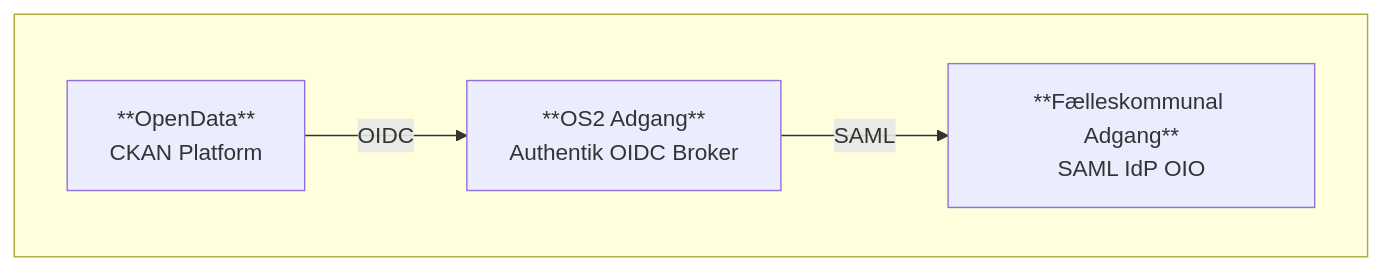
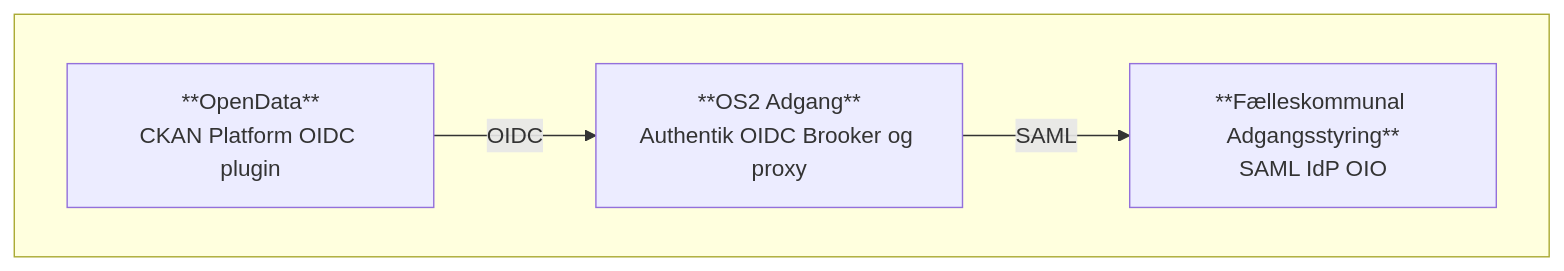
The diagram in proposals/2025-07-01-identity-bridge_dk.md (janhalen/enterprise-architecture-patterns), drawn with Mermaid before and after one commit. The commit also changed other lines of this file, not shown here.

Commit message:
Refactor OpenData integration proposal for clarity and consistency

````diff
--- a/proposals/2025-07-01-identity-bridge_dk.md
+++ b/proposals/2025-07-01-identity-bridge_dk.md
@@ -57,12 +47,12 @@
 ```mermaid
 
 flowchart 
     CKAN -->|OIDC| Authentik
     Authentik -->|SAML| Legacy_IdP
     subgraph " "
-        CKAN["**OpenData**<br>CKAN Platform"]
-        Authentik["**OS2 Adgang**<br>Authentik OIDC Broker"]
-        Legacy_IdP["**Fælleskommunal Adgang**<br>SAML IdP OIO"]
+        CKAN["**OpenData**<br>CKAN Platform OIDC plugin"]
+        Authentik["**OS2 Adgang**<br>Authentik OIDC Brooker og proxy"]
+        Legacy_IdP["**Fælleskommunal Adgangsstyring**<br>SAML IdP OIO"]
     end
     
 ```
````
